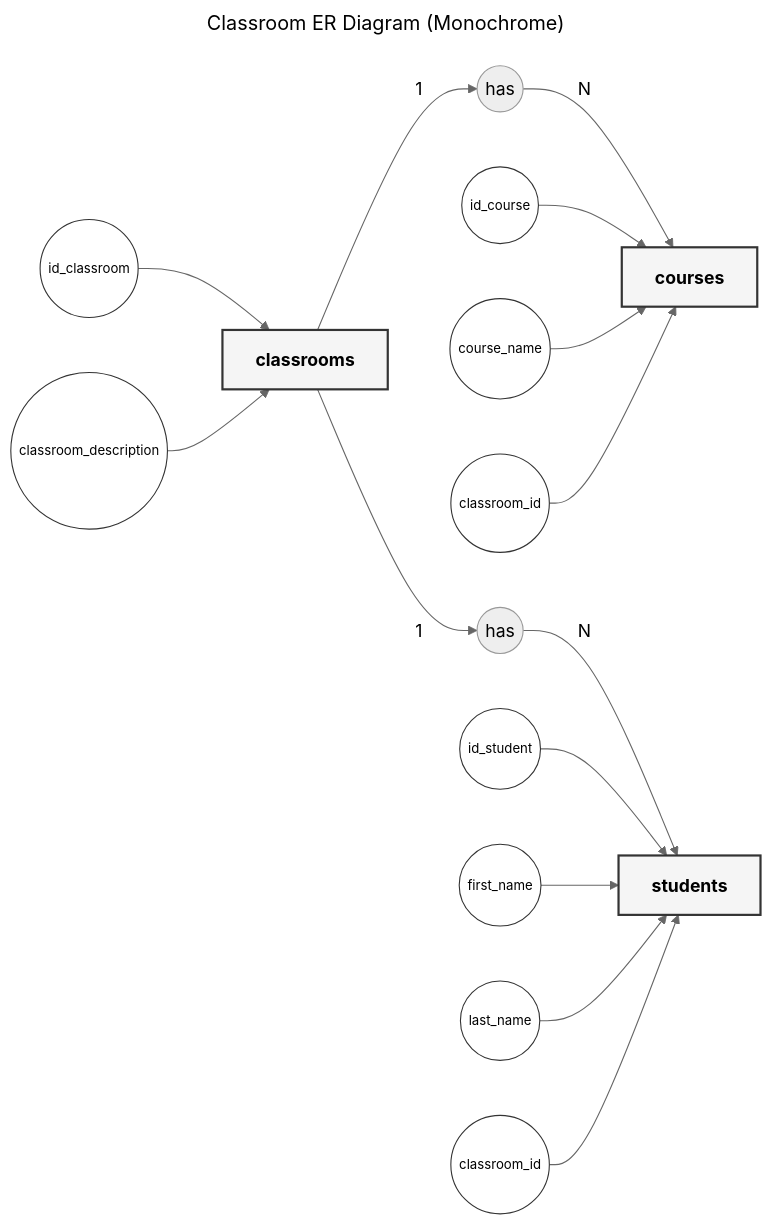
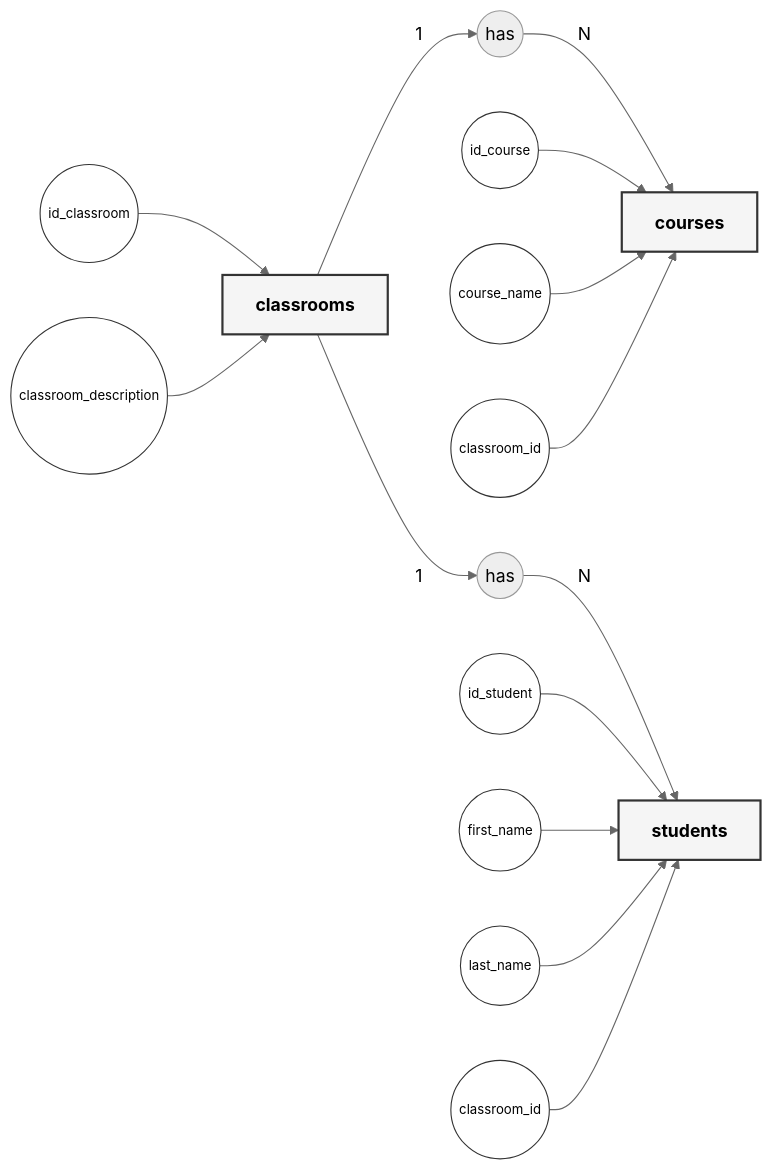
Before and after one commit to simoneavilarranz/students-classrooms-courses-simoneaa: the diagram in README.md, drawn with Mermaid (neutral theme). The commit also changed other lines of this file, not shown here.

````diff
--- a/README.md
+++ b/README.md
@@ -12,47 +18,46 @@
 ```mermaid
 ---
-title: Classroom ER Diagram (Monochrome)
 layout: elk
 ---
 flowchart LR
     %% Entities (square shapes)
     classrooms["classrooms"]
     courses["courses"]
     students["students"]
 
     %% Attributes (small ovals)
     id_classroom(("id_classroom"))
     classroom_description(("classroom_description"))
     id_course(("id_course"))
     course_name(("course_name"))
     classroom_id_c(("classroom_id"))
     id_student(("id_student"))
     first_name(("first_name"))
     last_name(("last_name"))
     classroom_id_s(("classroom_id"))
 
     %% Relationships
     classrooms -- "1" --> R1((has))
     R1 -- "N" --> courses
     classrooms -- "1" --> R2((has))
     R2 -- "N" --> students
 
     %% Attribute links
     id_classroom --> classrooms
     classroom_description --> classrooms
     id_course --> courses
     course_name --> courses
     classroom_id_c --> courses
     id_student --> students
     first_name --> students
     last_name --> students
     classroom_id_s --> students
 
     %% Class definitions (monochrome scheme)
     classDef entity fill:#f5f5f5,stroke:#333,stroke-width:2px,color:#000,font-size:16px,font-weight:bold;
     classDef attribute fill:#fff,stroke:#333,stroke-width:1px,color:#000,font-size:12px;
 
     %% Apply classes
     class classrooms,courses,students entity;
     class id_classroom,classroom_description,id_course,course_name,classroom_id_c,id_student,first_name,last_name,classroom_id_s attribute;
 ```
````
